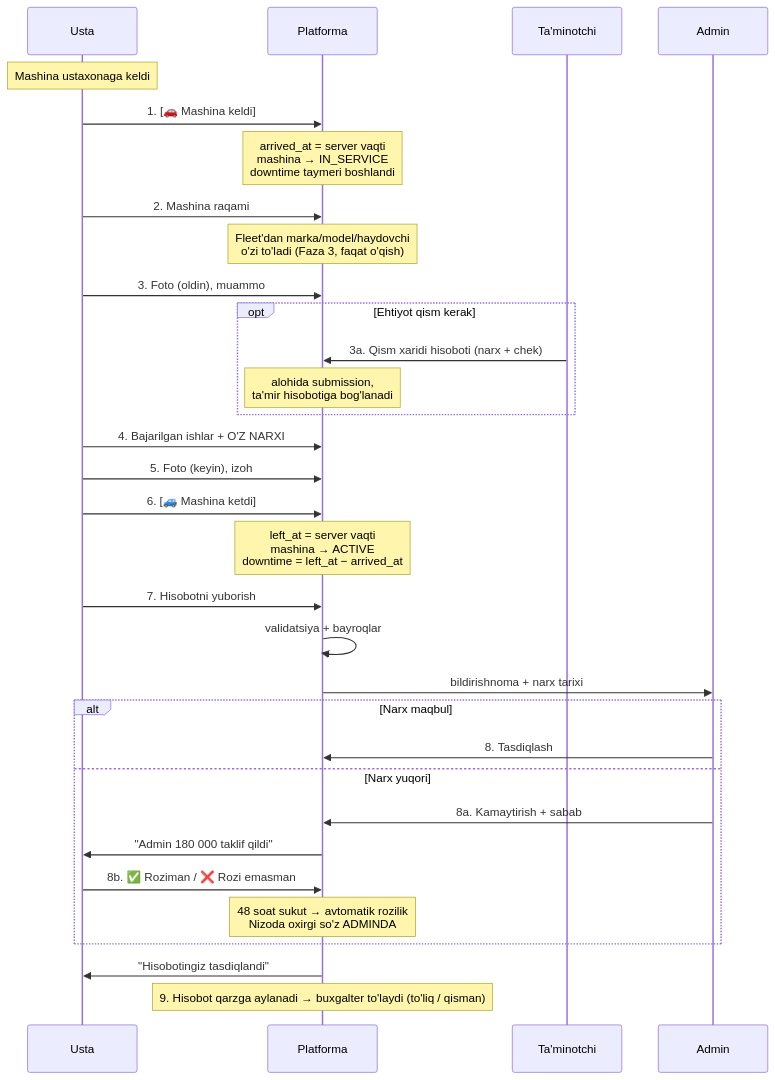
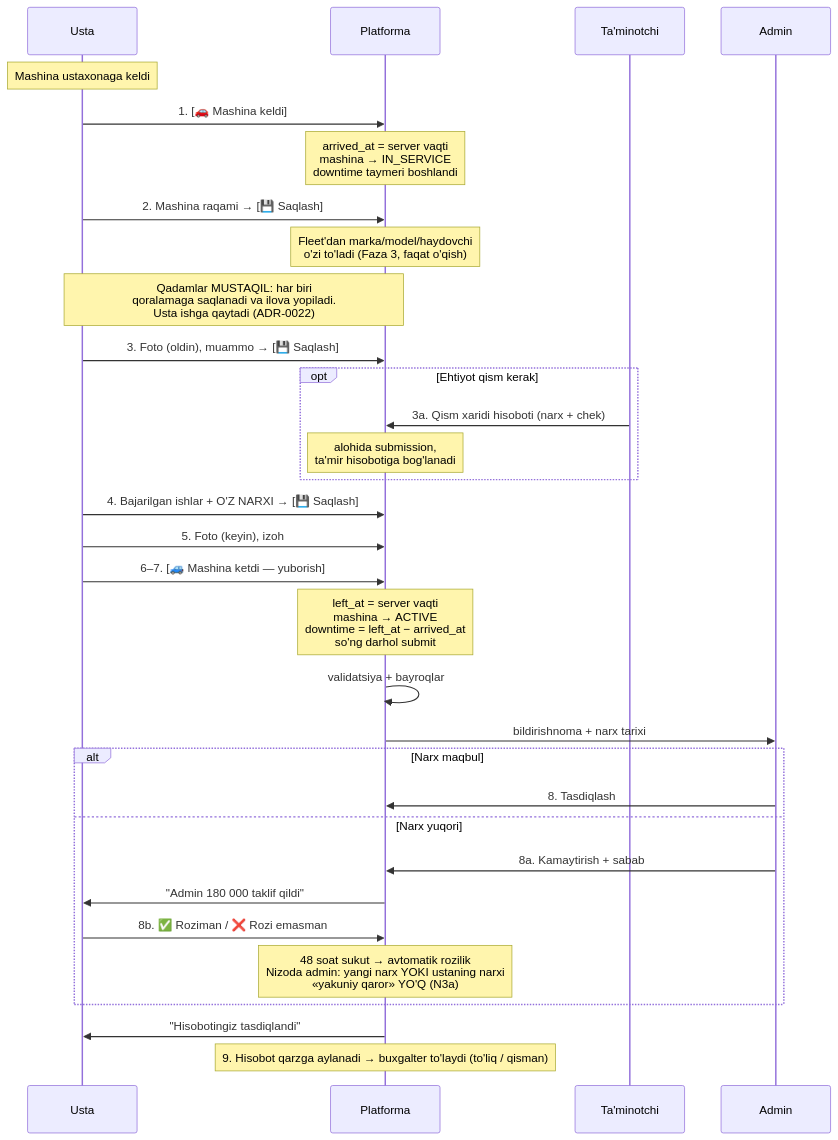
Before and after one commit to mcodevs/novacore_platform: the diagram in docs/04-flows/01-repair-lifecycle.md, drawn with Mermaid. The commit also changed other lines of this file and 36 other files, not shown here.

First line of the commit message:
Usta oqimi UX: mustaqil qadamlar, bitta yuborish, nizoda yakuniy qaror yo'q

````diff
--- a/docs/04-flows/01-repair-lifecycle.md
+++ b/docs/04-flows/01-repair-lifecycle.md
@@ -7,41 +7,40 @@
 ```mermaid
 sequenceDiagram
     participant U as Usta
     participant P as Platforma
     participant T as Ta'minotchi
     participant A as Admin
 
     Note over U: Mashina ustaxonaga keldi
     U->>P: 1. [🚗 Mashina keldi]
     Note over P: arrived_at = server vaqti<br/>mashina → IN_SERVICE<br/>downtime taymeri boshlandi
 
-    U->>P: 2. Mashina raqami
+    U->>P: 2. Mashina raqami → [💾 Saqlash]
     Note over P: Fleet'dan marka/model/haydovchi<br/>o'zi to'ladi (Faza 3, faqat o'qish)
-    U->>P: 3. Foto (oldin), muammo
+    Note over U,P: Qadamlar MUSTAQIL: har biri<br/>qoralamaga saqlanadi va ilova yopiladi.<br/>Usta ishga qaytadi (ADR-0022)
+    U->>P: 3. Foto (oldin), muammo → [💾 Saqlash]
 
     opt Ehtiyot qism kerak
         T->>P: 3a. Qism xaridi hisoboti (narx + chek)
         Note over P: alohida submission,<br/>ta'mir hisobotiga bog'lanadi
     end
 
-    U->>P: 4. Bajarilgan ishlar + O'Z NARXI
+    U->>P: 4. Bajarilgan ishlar + O'Z NARXI → [💾 Saqlash]
     U->>P: 5. Foto (keyin), izoh
-    U->>P: 6. [🚙 Mashina ketdi]
-    Note over P: left_at = server vaqti<br/>mashina → ACTIVE<br/>downtime = left_at − arrived_at
-
-    U->>P: 7. Hisobotni yuborish
+    U->>P: 6–7. [🚙 Mashina ketdi — yuborish]
+    Note over P: left_at = server vaqti<br/>mashina → ACTIVE<br/>downtime = left_at − arrived_at<br/>so'ng darhol submit
     P->>P: validatsiya + bayroqlar
     P->>A: bildirishnoma + narx tarixi
 
     alt Narx maqbul
         A->>P: 8. Tasdiqlash
     else Narx yuqori
         A->>P: 8a. Kamaytirish + sabab
         P->>U: "Admin 180 000 taklif qildi"
         U->>P: 8b. ✅ Roziman / ❌ Rozi emasman
-        Note over P: 48 soat sukut → avtomatik rozilik<br/>Nizoda oxirgi so'z ADMINDA
+        Note over P: 48 soat sukut → avtomatik rozilik<br/>Nizoda admin: yangi narx YOKI ustaning narxi<br/>«yakuniy qaror» YO'Q (N3a)
     end
     P->>U: "Hisobotingiz tasdiqlandi"
 
     Note over P: 9. Hisobot qarzga aylanadi → buxgalter to'laydi (to'liq / qisman)
 ```
````
